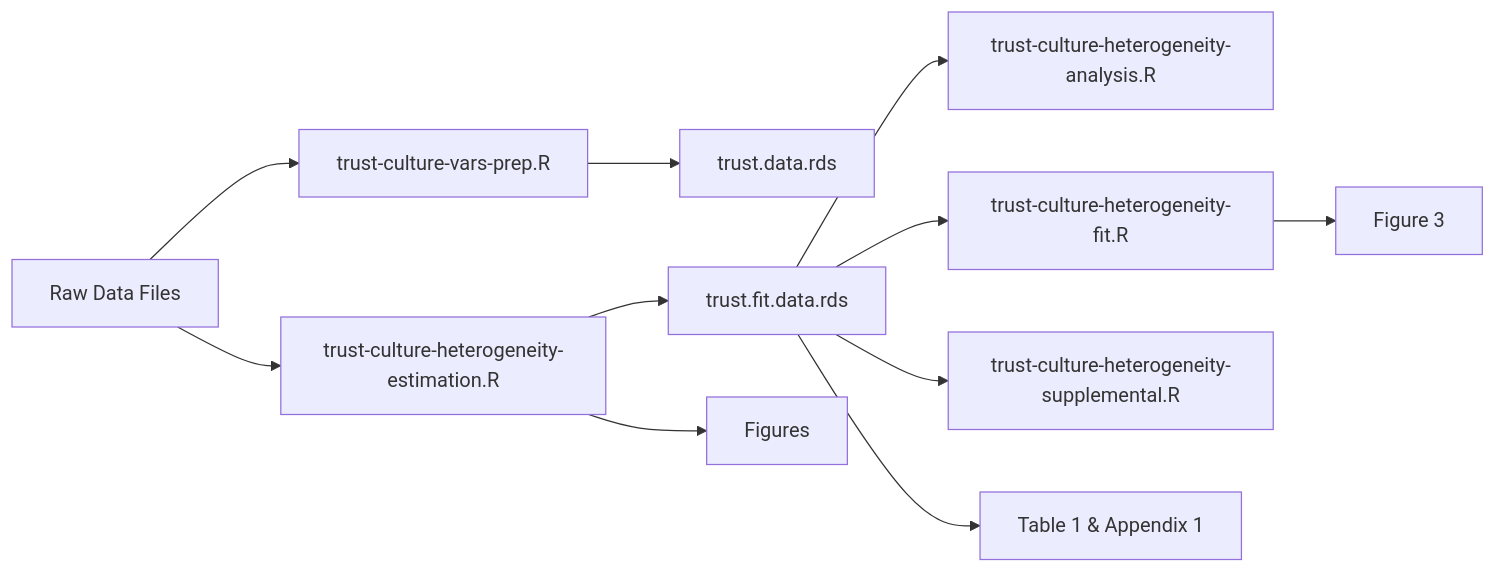
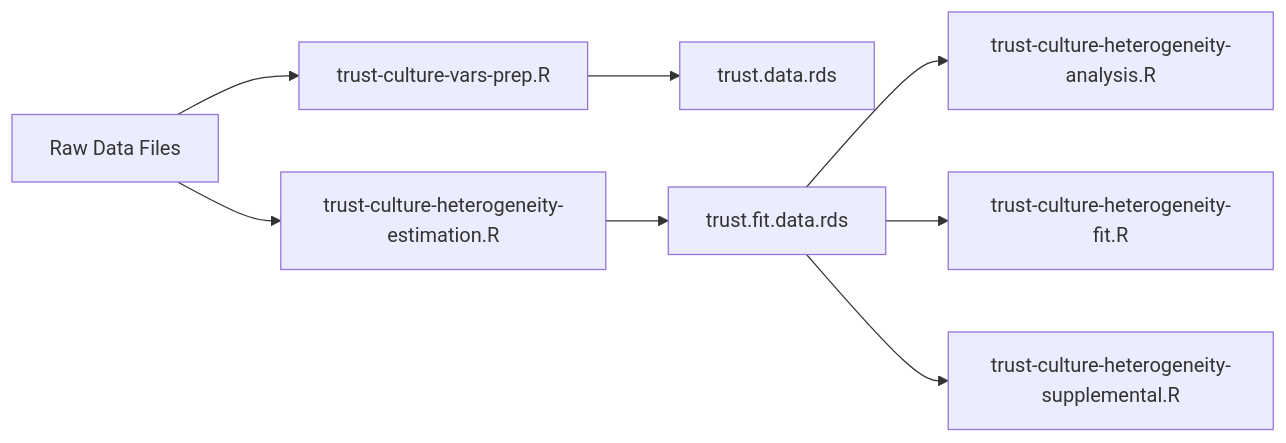
One commit to jacobtnyoung/trust-culture changed the diagram in README.md. Above: the diagram before and after it, drawn with Mermaid. The commit also changed other lines of this file, not shown here.

Commit message:
revisions to figure

````diff
--- a/README.md
+++ b/README.md
@@ -27,21 +27,16 @@
 ```mermaid
 graph LR
     %% Data processing workflow
     1[Raw Data Files] --> A[trust-culture-vars-prep.R]
     A --> B[trust.data.rds]
 
     %% Estimation script
     1[Raw Data Files] --> C[trust-culture-heterogeneity-estimation.R]
     C --> D[trust.fit.data.rds]
     
     %% Analysis scripts using processed data
     D --> F[trust-culture-heterogeneity-analysis.R]
     D --> E[trust-culture-heterogeneity-fit.R]
     D --> G[trust-culture-heterogeneity-supplemental.R]
 
-    %% Output generation
-    C --> H[Figures]
-    D --> I[Table 1 & Appendix 1]
-    E --> J[Figure 3]
-
 ```    
````
